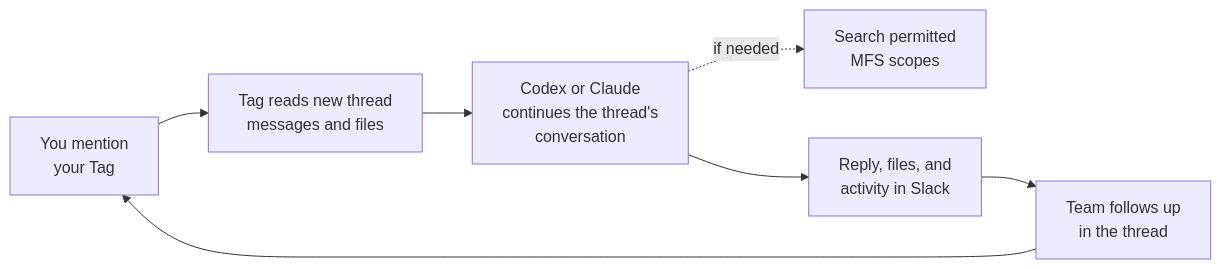
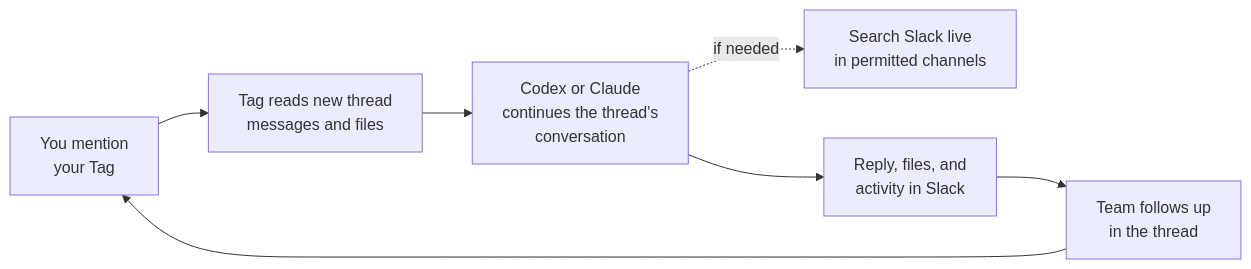
One commit to klovr-co/hover-tag changed the diagram in docs/concepts/mental-model.md. Above: the diagram before and after it, drawn with Mermaid. The commit also changed other lines of this file and 21 other files, not shown here.

Commit message:
Document live Slack search

````diff
--- a/docs/concepts/mental-model.md
+++ b/docs/concepts/mental-model.md
@@ -22,9 +23,9 @@
 ```mermaid
 flowchart LR
     Mention["You mention<br/>your Tag"] --> Read["Tag reads new thread<br/>messages and files"]
     Read --> Agent["Codex or Claude<br/>continues the thread's<br/>conversation"]
-    Agent -.->|if needed| MFS["Search permitted<br/>MFS scopes"]
+    Agent -.->|if needed| Search["Search Slack live<br/>in permitted channels"]
     Agent --> Reply["Reply, files, and<br/>activity in Slack"]
     Reply --> Follow["Team follows up<br/>in the thread"]
     Follow --> Mention
 ```
````
